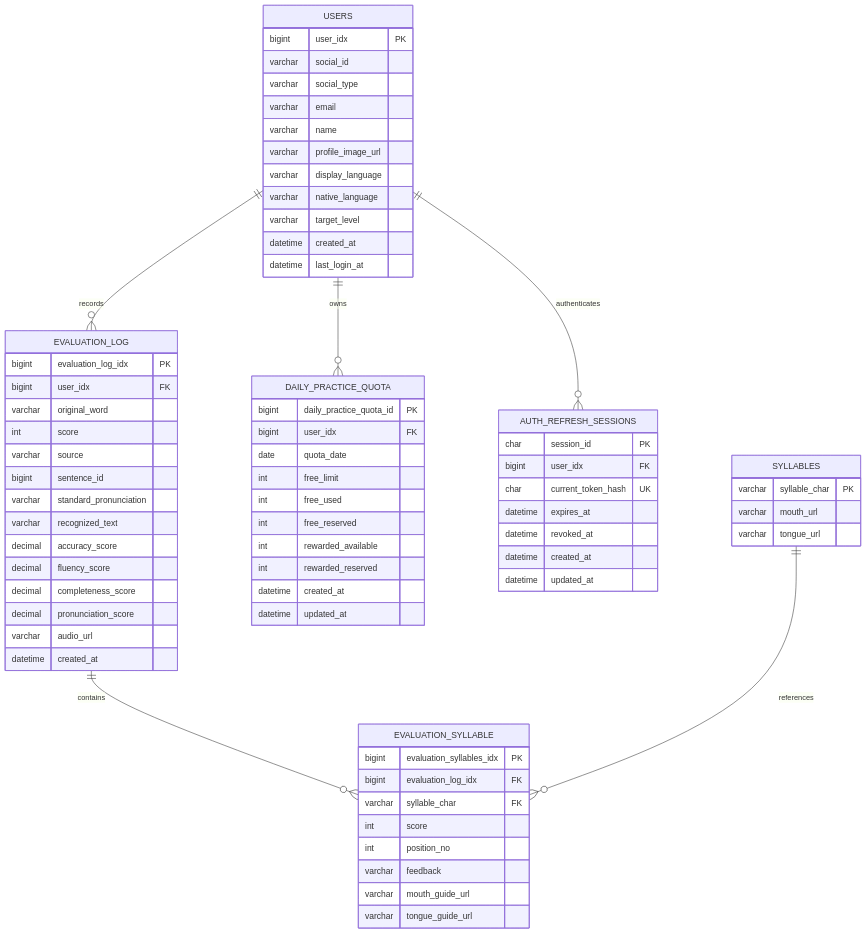
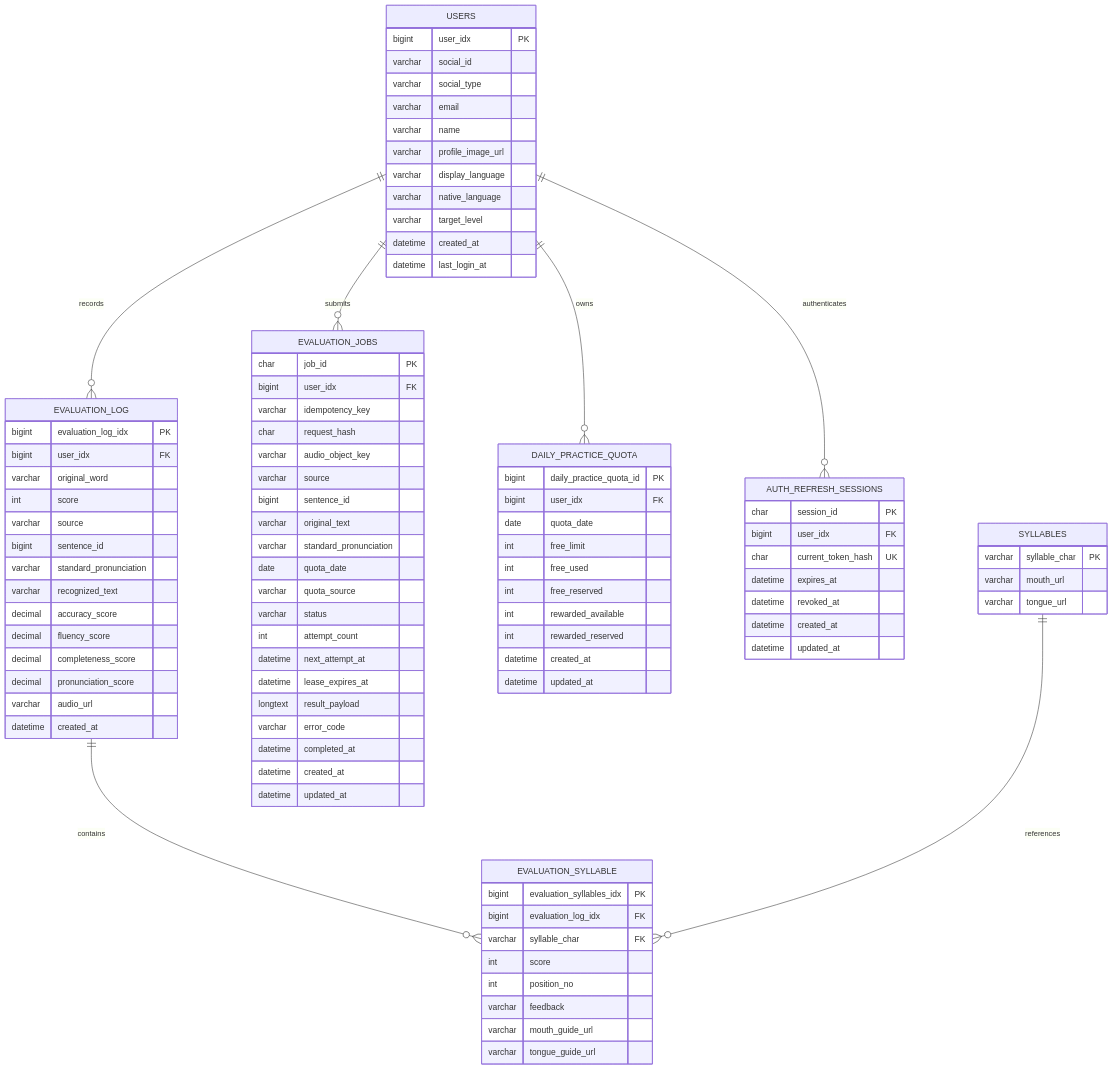
The diagram in docs/data/data-model.md (byeok99/LingKo), drawn with Mermaid before and after one commit. The commit also changed other lines of this file and 21 other files, not shown here.

Commit message:
docs: document asynchronous evaluation flow

````diff
--- a/docs/data/data-model.md
+++ b/docs/data/data-model.md
@@ -5,6 +5,7 @@
 ```mermaid
  erDiagram
     USERS ||--o{ EVALUATION_LOG : records
+    USERS ||--o{ EVALUATION_JOBS : submits
     USERS ||--o{ DAILY_PRACTICE_QUOTA : owns
     USERS ||--o{ AUTH_REFRESH_SESSIONS : authenticates
     EVALUATION_LOG ||--o{ EVALUATION_SYLLABLE : contains
@@ -52,6 +53,29 @@
       varchar tongue_guide_url
     }
 
+    EVALUATION_JOBS {
+      char job_id PK
+      bigint user_idx FK
+      varchar idempotency_key
+      char request_hash
+      varchar audio_object_key
+      varchar source
+      bigint sentence_id
+      varchar original_text
+      varchar standard_pronunciation
+      date quota_date
+      varchar quota_source
+      varchar status
+      int attempt_count
+      datetime next_attempt_at
+      datetime lease_expires_at
+      longtext result_payload
+      varchar error_code
+      datetime completed_at
+      datetime created_at
+      datetime updated_at
+    }
+
     SYLLABLES {
       varchar syllable_char PK
       varchar mouth_url
````
